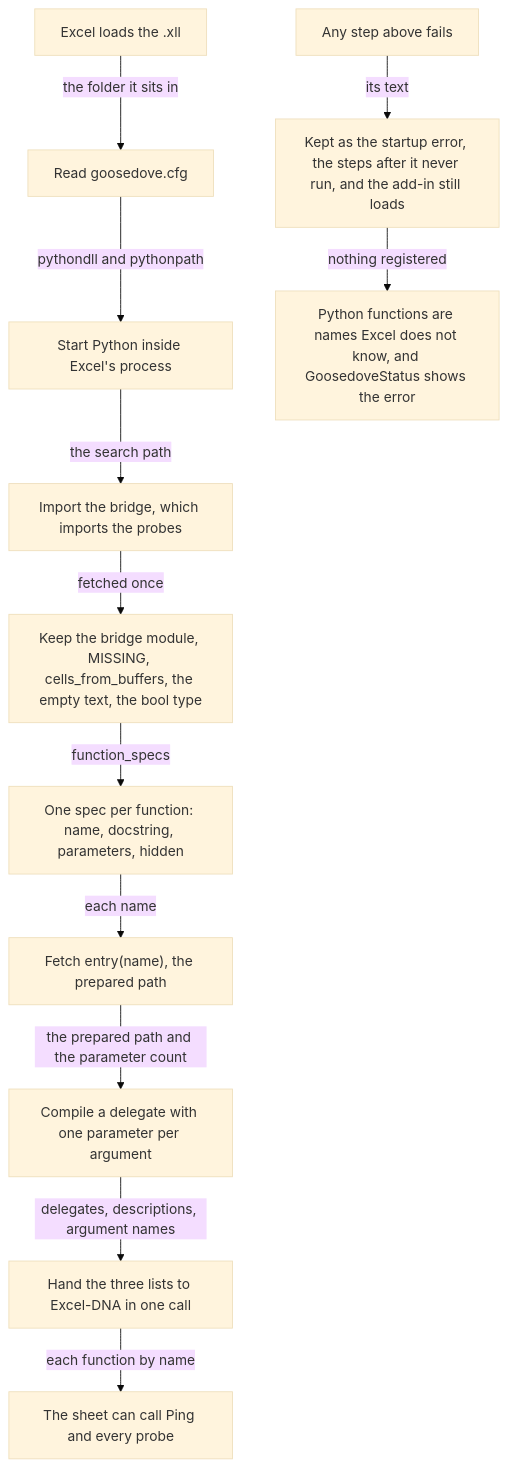
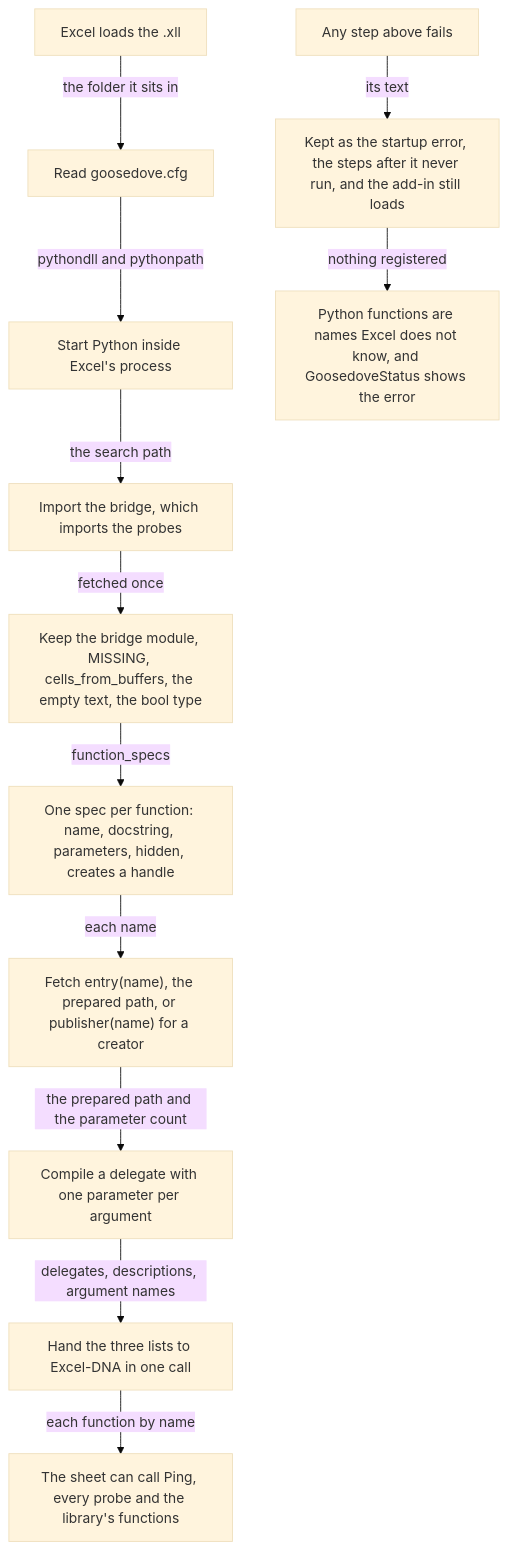
One commit to gobbles404/catalyst changed the first of 3 diagrams in docs/seam/host.md. Above: the diagram before and after it, drawn with Mermaid (base theme). The commit also changed other lines of this file and 33 other files, not shown here.

Commit message:
docs: the market layer's pages name their readers and the handle lifecycle as built (#118)

````diff
--- a/docs/seam/host.md
+++ b/docs/seam/host.md
@@ -35,14 +35,14 @@
 ```mermaid
 flowchart TD
     Load["Excel loads the .xll"] -->|"the folder it sits in"| Config["Read goosedove.cfg"]
     Config -->|"pythondll and pythonpath"| Start["Start Python inside Excel's process"]
     Start -->|"the search path"| Import["Import the bridge, which imports the probes"]
     Import -->|"fetched once"| Keep["Keep the bridge module, MISSING, cells_from_buffers, the empty text, the bool type"]
-    Keep -->|"function_specs"| Specs["One spec per function: name, docstring, parameters, hidden"]
-    Specs -->|"each name"| Prepare["Fetch entry(name), the prepared path"]
+    Keep -->|"function_specs"| Specs["One spec per function: name, docstring, parameters, hidden, creates a handle"]
+    Specs -->|"each name"| Prepare["Fetch entry(name), the prepared path, or publisher(name) for a creator"]
     Prepare -->|"the prepared path and the parameter count"| Delegate["Compile a delegate with one parameter per argument"]
     Delegate -->|"delegates, descriptions, argument names"| Register["Hand the three lists to Excel-DNA in one call"]
-    Register -->|"each function by name"| Sheet["The sheet can call Ping and every probe"]
+    Register -->|"each function by name"| Sheet["The sheet can call Ping, every probe and the library's functions"]
     Failure["Any step above fails"] -->|"its text"| Error["Kept as the startup error, the steps after it never run, and the add-in still loads"]
     Error -->|"nothing registered"| Name["Python functions are names Excel does not know, and GoosedoveStatus shows the error"]
 ```
````
